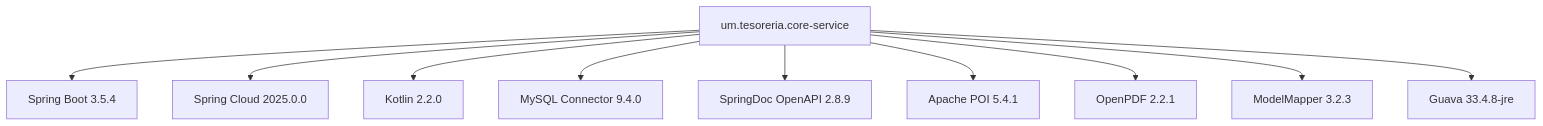
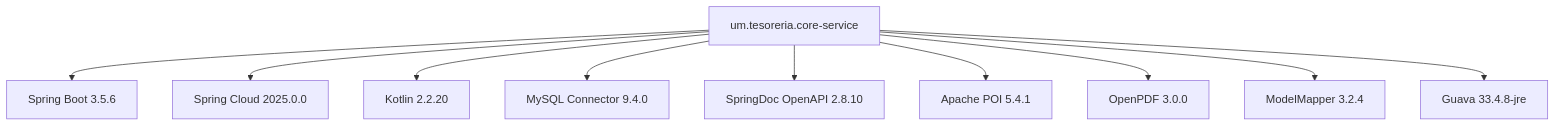
One commit to UM-services/UM.tesoreria.core-service changed the diagram in docs/dependencies.mmd. Above: the diagram before and after it, drawn with Mermaid. The commit also changed 9 other files, not shown here.

```diff
--- a/docs/dependencies.mmd
+++ b/docs/dependencies.mmd
@@ -1,10 +1,10 @@
-graph TD
-    A[um.tesoreria.core-service] --> B[Spring Boot 3.5.4]
+flowchart TD
+    A[um.tesoreria.core-service] --> B[Spring Boot 3.5.6]
     A --> C[Spring Cloud 2025.0.0]
-    A --> D[Kotlin 2.2.0]
+    A --> D[Kotlin 2.2.20]
     A --> E[MySQL Connector 9.4.0]
-    A --> F[SpringDoc OpenAPI 2.8.9]
+    A --> F[SpringDoc OpenAPI 2.8.10]
     A --> G[Apache POI 5.4.1]
-    A --> H[OpenPDF 2.2.1]
-    A --> I[ModelMapper 3.2.3]
+    A --> H[OpenPDF 3.0.0]
+    A --> I[ModelMapper 3.2.4]
     A --> J[Guava 33.4.8-jre]
```
